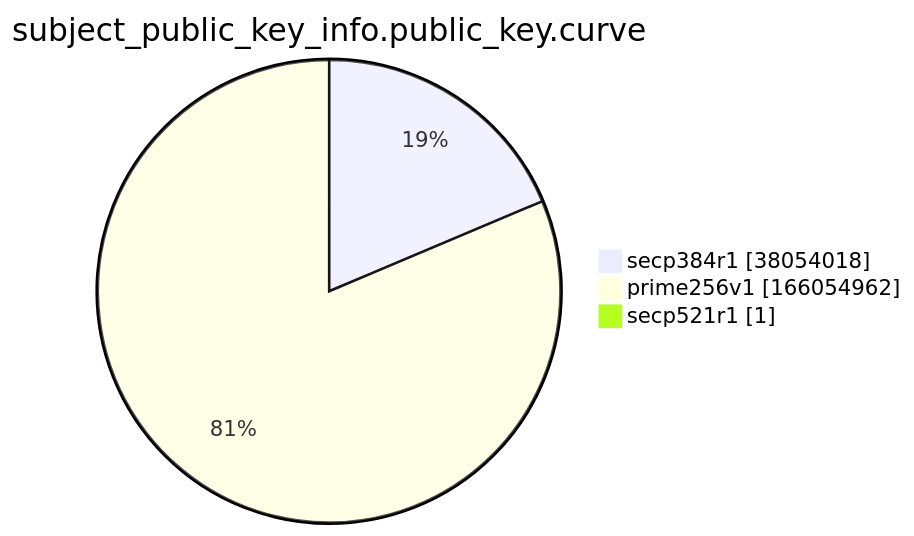
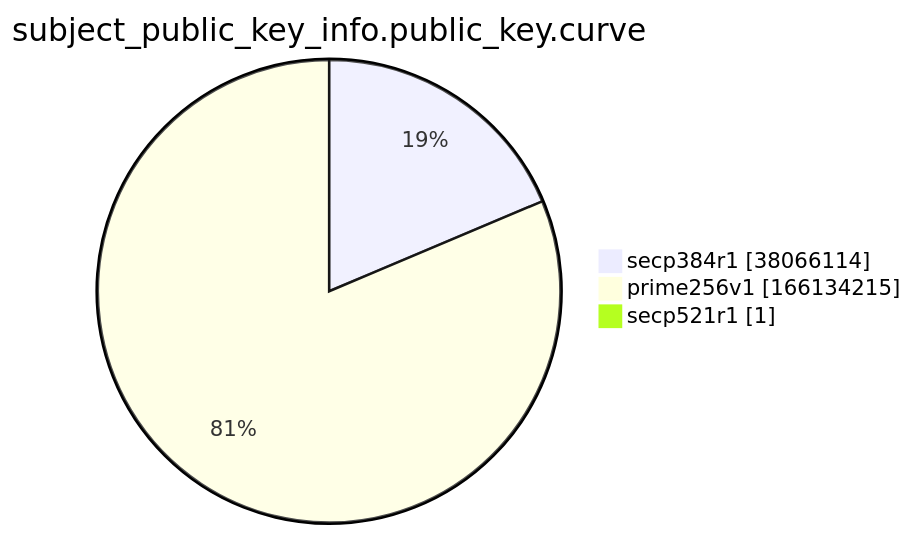
Before and after one commit to christiankrug/ctmonitor_visualization: the ninth of 15 diagrams in argon2022/README.md, drawn with Mermaid. The commit also changed other lines of this file, not shown here.

````diff
--- a/argon2022/README.md
+++ b/argon2022/README.md
@@ -2766,7 +2766,7 @@
 ```mermaid
 pie showData
 title subject_public_key_info.public_key.curve
-"secp384r1" :38054018
-"prime256v1" :166054962
+"secp384r1" :38066114
+"prime256v1" :166134215
 "secp521r1" :1
 ```
````
